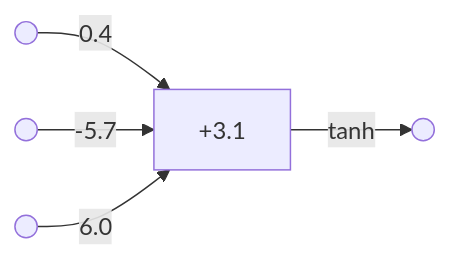
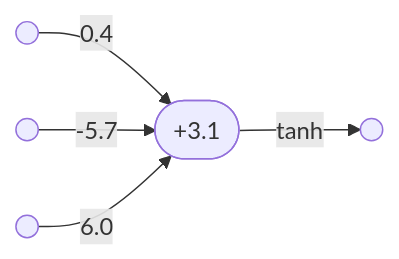
Before and after one commit to conmaol/maglocunus: the diagram in nodes/artificial_neurons.md, drawn with Mermaid.

````diff
--- a/nodes/artificial_neurons.md
+++ b/nodes/artificial_neurons.md
@@ -34,8 +34,8 @@
 ```mermaid
 
 graph LR
-    A(( )) -- "0.4" --> D[+3.1]
+    A(( )) -- "0.4" --> D([+3.1])
     B(( )) -- "-5.7" --> D
     C(( )) -- "6.0" --> D
     D -- "tanh" --> E(( ))
 ```
````
